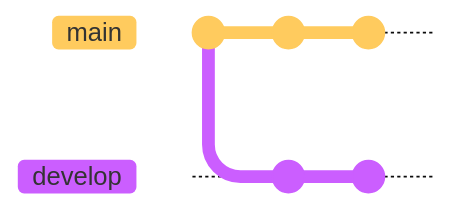
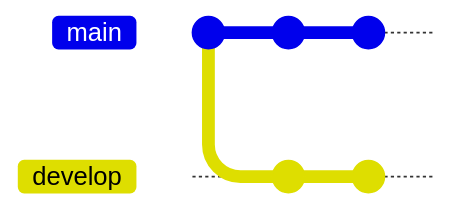
Before and after one commit to mermaid-js/mermaid: diagram 21 of 34 in docs/syntax/gitgraph.md, drawn with Mermaid. The commit also changed other lines of this file and 1 other file, not shown here. Commit ids are hidden.

Commit message:
docs: Fix config

````diff
--- a/docs/syntax/gitgraph.md
+++ b/docs/syntax/gitgraph.md
@@ -963,11 +975,15 @@
 ```mermaid
-    %%{init: { 'logLevel': 'debug', 'theme': 'base', 'gitGraph': {'parallelCommits': true}} }%%
-    gitGraph:
-       commit
-       branch develop
-       commit
-       commit
-       checkout main
-       commit
-       commit
+---
+config:
+  gitGraph:
+    parallelCommits: true
+---
+gitGraph:
+  commit
+  branch develop
+  commit
+  commit
+  checkout main
+  commit
+  commit
 ```
````
